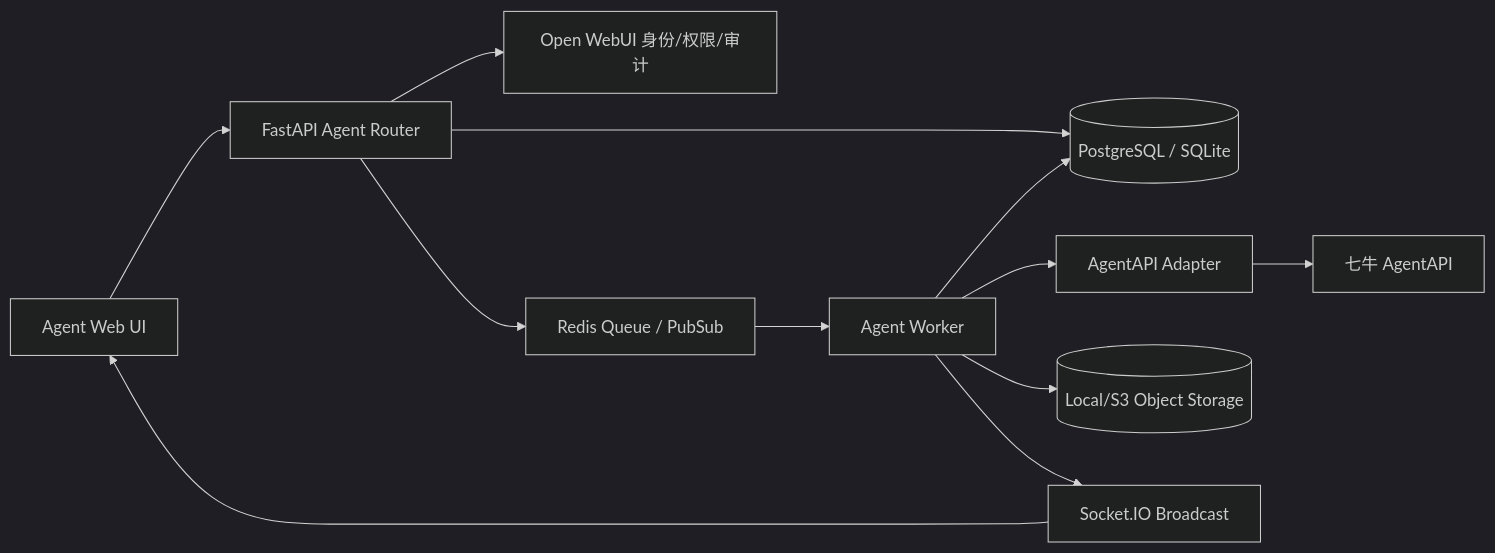
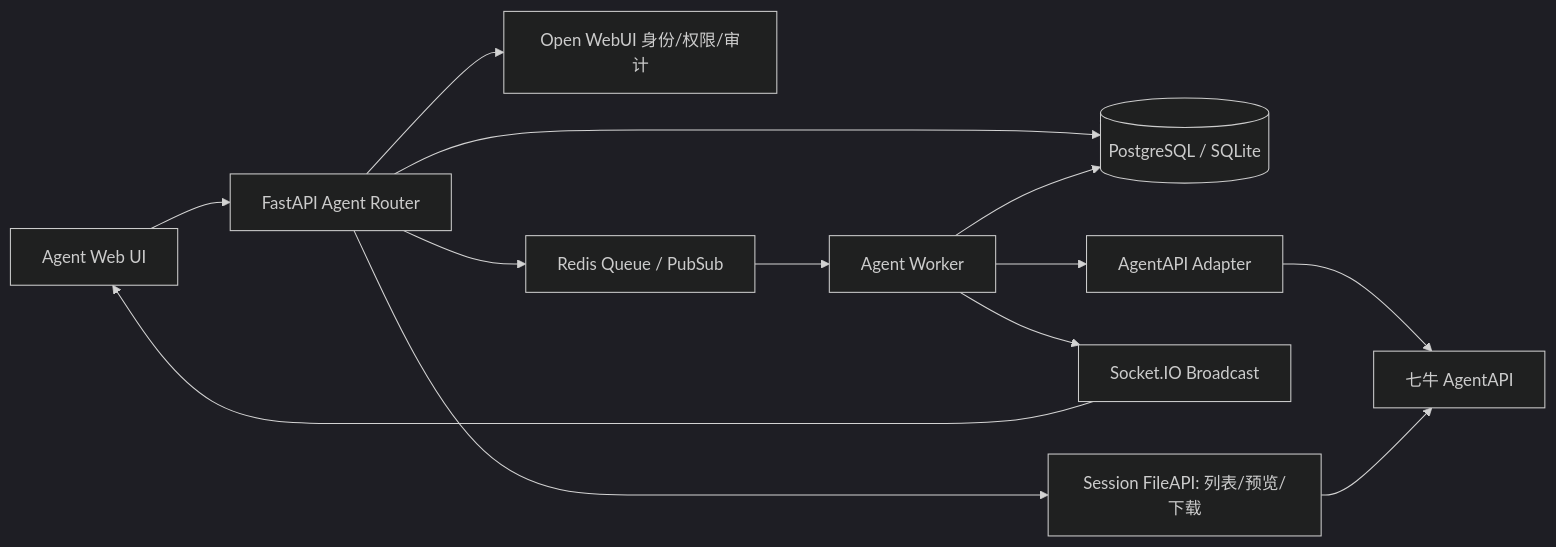
One commit to luoliwoshang/open-webui changed the diagram in docs/AGENT_MODE_TECHNICAL_DESIGN.md. Above: the diagram before and after it, drawn with Mermaid (dark theme). The commit also changed other lines of this file, not shown here.

Commit message:
docs: use session file api for agent artifacts

````diff
--- a/docs/AGENT_MODE_TECHNICAL_DESIGN.md
+++ b/docs/AGENT_MODE_TECHNICAL_DESIGN.md
@@ -36,14 +36,15 @@
 ```mermaid
 flowchart LR
     UI[Agent Web UI] --> API[FastAPI Agent Router]
     API --> AUTH[Open WebUI 身份/权限/审计]
     API --> DB[(PostgreSQL / SQLite)]
     API --> Q[Redis Queue / PubSub]
     Q --> W[Agent Worker]
     W --> AD[AgentAPI Adapter]
     AD --> QA[七牛 AgentAPI]
     W --> DB
-    W --> STORE[(Local/S3 Object Storage)]
     W --> WS[Socket.IO Broadcast]
     WS --> UI
+    API --> FILE[Session FileAPI: 列表/预览/下载]
+    FILE --> QA
 ```
````
